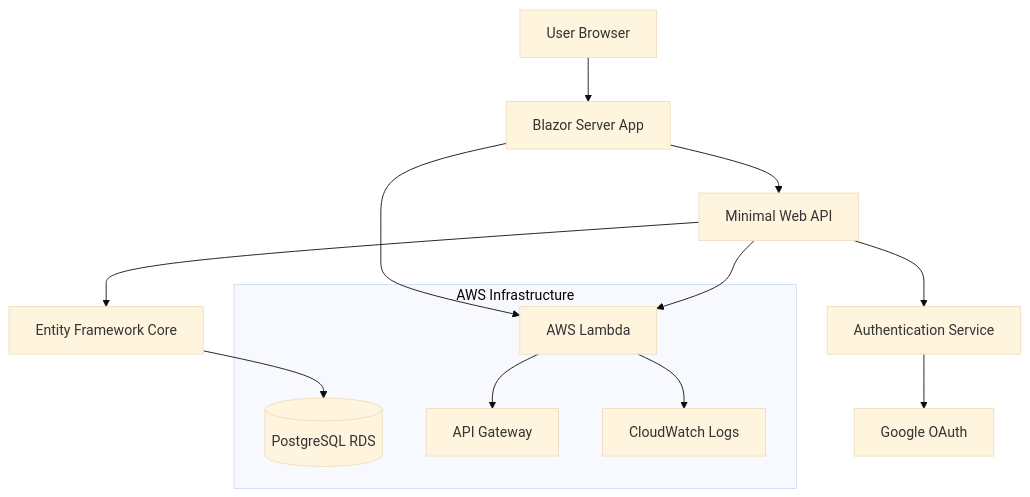
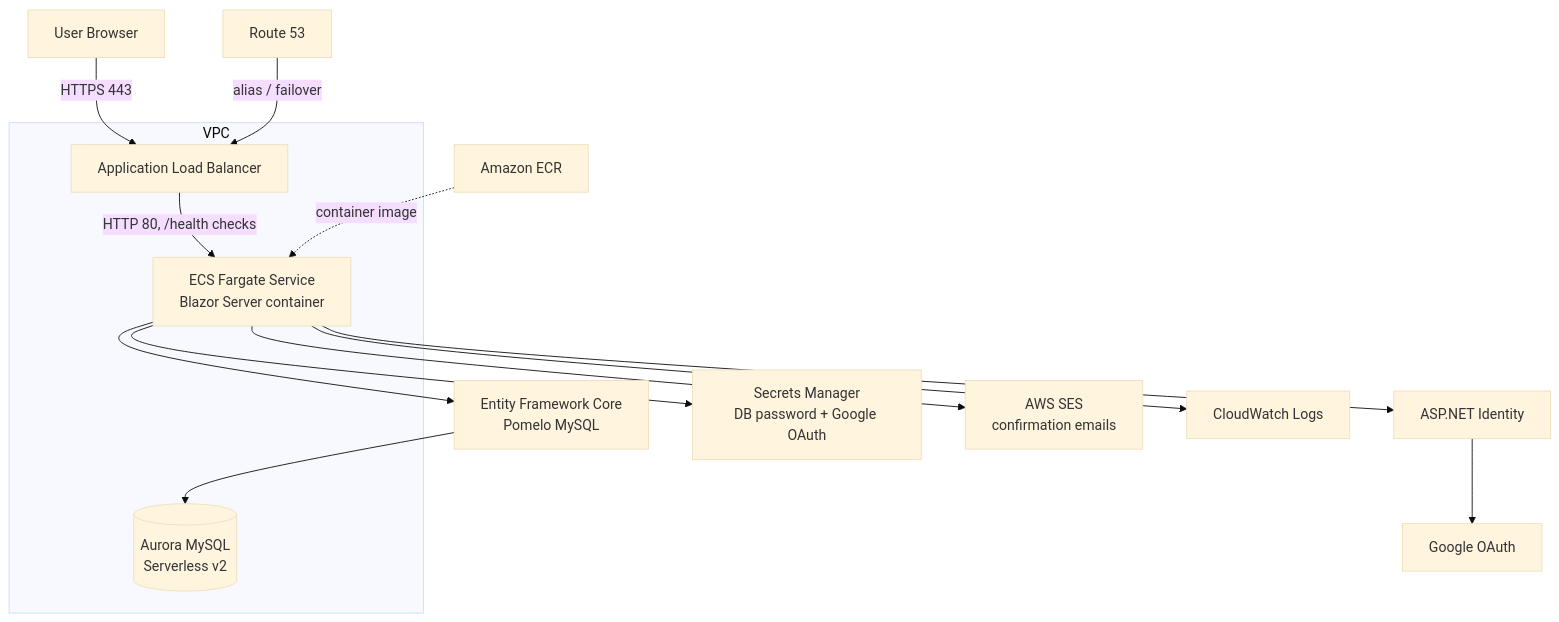
Before and after one commit to YadaYadaSoftware/awswebapp: the diagram in src/docs/ARCHITECTURE.md, drawn with Mermaid (base theme). The commit also changed other lines of this file and 43 other files, not shown here.

````diff
--- a/src/docs/ARCHITECTURE.md
+++ b/src/docs/ARCHITECTURE.md
@@ -30,23 +37,23 @@
 ```mermaid
 graph TB
-    User[User Browser] --> BZ[Blazor Server App]
-    BZ --> API[Minimal Web API]
-    API --> EF[Entity Framework Core]
-    EF --> PG[(PostgreSQL RDS)]
-    
-    API --> AUTH[Authentication Service]
-    AUTH --> GOOGLE[Google OAuth]
-    
-    BZ --> LAMBDA[AWS Lambda]
-    API --> LAMBDA
-    LAMBDA --> APIGW[API Gateway]
-    
-    subgraph "AWS Infrastructure"
-        LAMBDA
-        APIGW
-        PG
-        CW[CloudWatch Logs]
+    User[User Browser] -->|HTTPS 443| ALB[Application Load Balancer]
+    ALB -->|HTTP 80, /health checks| ECS[ECS Fargate Service<br/>Blazor Server container]
+    ECS --> EF[Entity Framework Core<br/>Pomelo MySQL]
+    EF --> AURORA[(Aurora MySQL<br/>Serverless v2)]
+
+    ECS --> IDENTITY[ASP.NET Identity]
+    IDENTITY --> GOOGLE[Google OAuth]
+
+    ECS --> SM[Secrets Manager<br/>DB password + Google OAuth]
+    ECS --> SES[AWS SES<br/>confirmation emails]
+    ECS --> CW[CloudWatch Logs]
+
+    subgraph "VPC"
+        ALB
+        ECS
+        AURORA
     end
-    
-    LAMBDA --> CW
+
+    R53[Route 53] -->|alias / failover| ALB
+    ECR[Amazon ECR] -.->|container image| ECS
 ```
````
